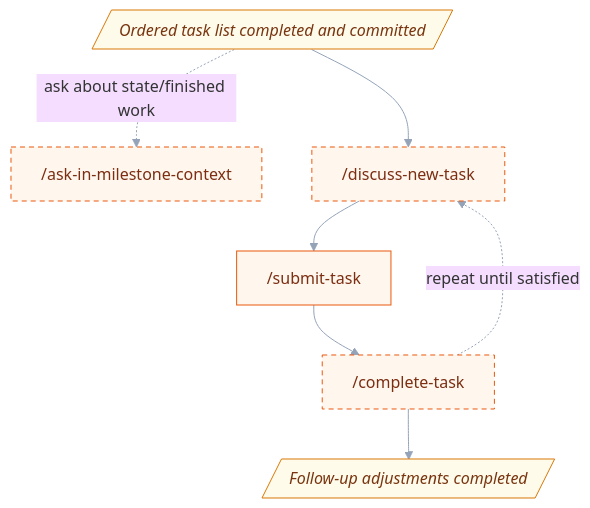
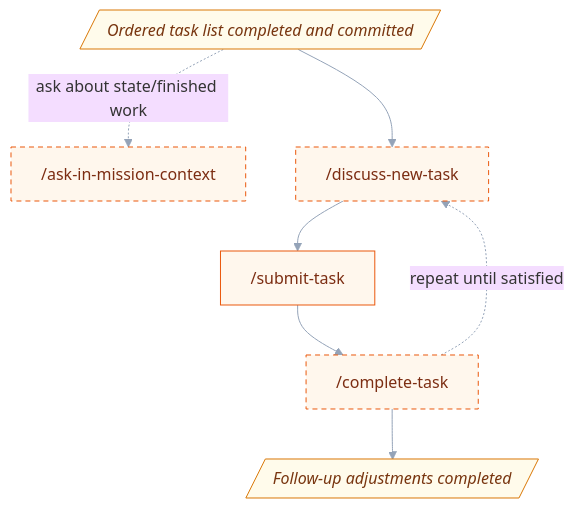
One commit to uHappyLogic/gurita changed the fifth of 6 diagrams in docs/workflow.md. Above: the diagram before and after it, drawn with Mermaid. The commit also changed other lines of this file and 4 other files, not shown here.

````diff
--- a/docs/workflow.md
+++ b/docs/workflow.md
@@ -125,23 +125,23 @@
 ```mermaid
 %%{init: {'theme':'base','themeVariables':{'fontFamily':'ui-sans-serif, system-ui','lineColor':'#94a3b8','primaryBorderColor':'#475569'},'flowchart':{'wrappingWidth':9999,'curve':'basis'}}}%%
 flowchart TD
     D3[/"Ordered task list completed and committed"/]
-    SM0["/ask-in-milestone-context"]
+    SM0["/ask-in-mission-context"]
     SM1["/discuss-new-task"]
     SM2["/submit-task"]
     SM3["/complete-task"]
     D4[/"Follow-up adjustments completed"/]
 
     D3 --> SM1
     D3 -.->|ask about state/finished work| SM0
     SM1 --> SM2 --> SM3
     SM3 -.->|repeat until satisfied| SM1
     SM3 --> D4
 
     classDef manual fill:#fff7ed,stroke:#ea580c,color:#7c2d12;
     classDef optional stroke-dasharray:5 4;
     classDef state fill:#fffbeb,stroke:#d97706,color:#78350f,font-style:italic;
     class SM0,SM1,SM2,SM3 manual;
     class SM0,SM1,SM3 optional;
     class D3,D4 state;
 ```
````
